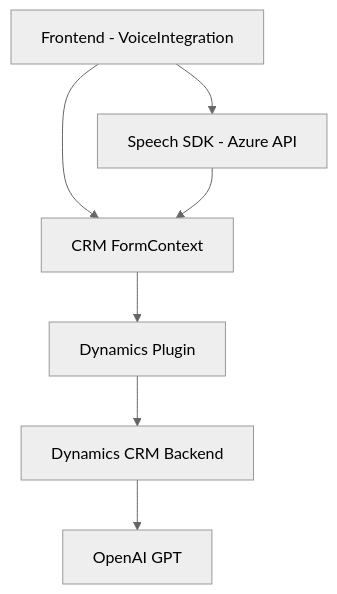
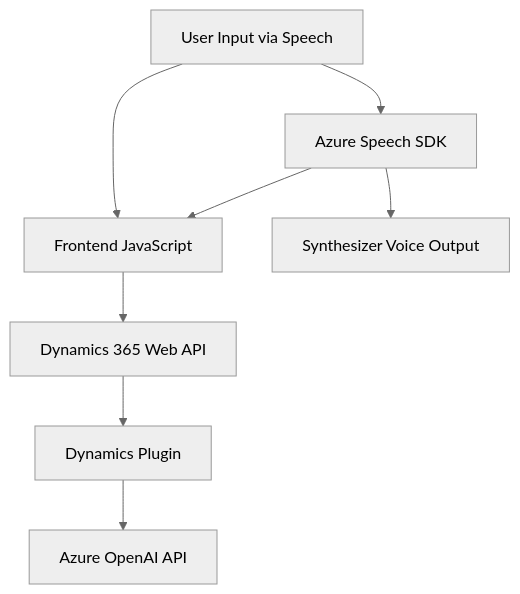
The diagram in README.md (blopezdm/NETCORE_BILBAO2025), drawn with Mermaid (neutral theme) before and after one commit. The commit also changed other lines of this file, not shown here.

````diff
--- a/README.md
+++ b/README.md
@@ -46,16 +29,10 @@
 ```mermaid
 graph TD
-    A["Frontend - VoiceIntegration"]
-    B["Speech SDK - Azure API"]
-    C["CRM FormContext"]
-    D["Dynamics Plugin"]
-    E["Dynamics CRM Backend"]
-    F["OpenAI GPT"]
-
-    A --> B
-    A --> C
-    B --> C
-    C --> D
-    D --> E
-    E --> F
+    A["Azure Speech SDK"] --> B["Frontend JavaScript"]
+    B["Frontend JavaScript"] --> C["Dynamics 365 Web API"]
+    C["Dynamics 365 Web API"] --> D["Dynamics Plugin"]
+    D["Dynamics Plugin"] --> E["Azure OpenAI API"]
+    A["Azure Speech SDK"] --> F["Synthesizer Voice Output"]
+    G["User Input via Speech"] --> A["Azure Speech SDK"]
+    G["User Input via Speech"] --> B["Frontend JavaScript"]
 ```
````
